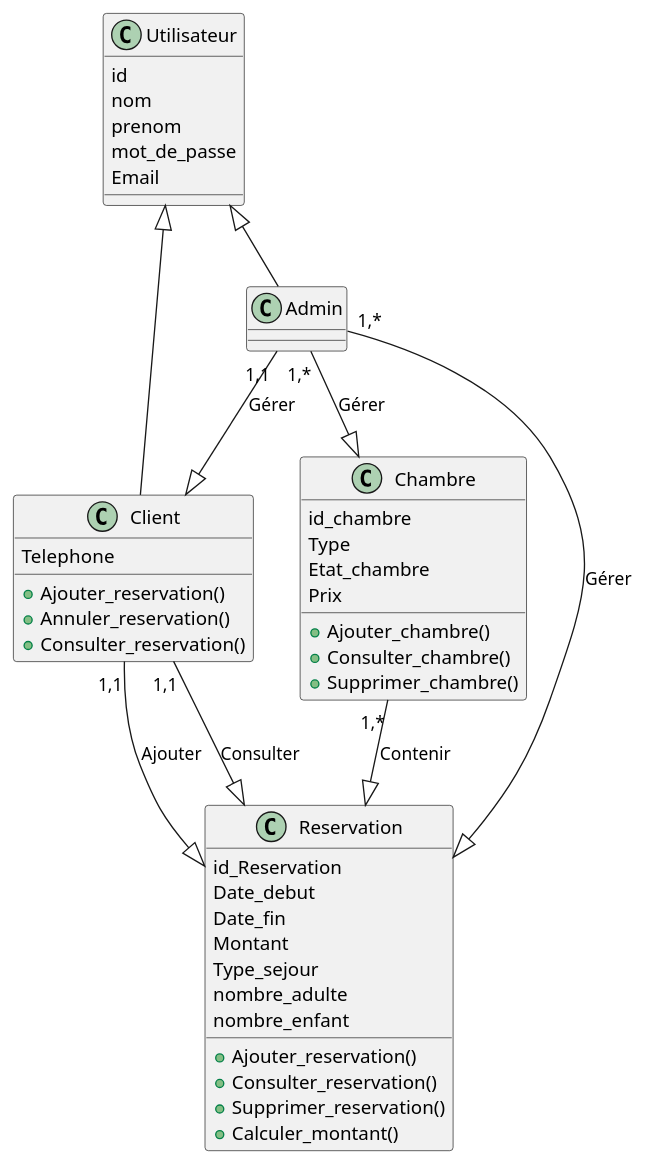
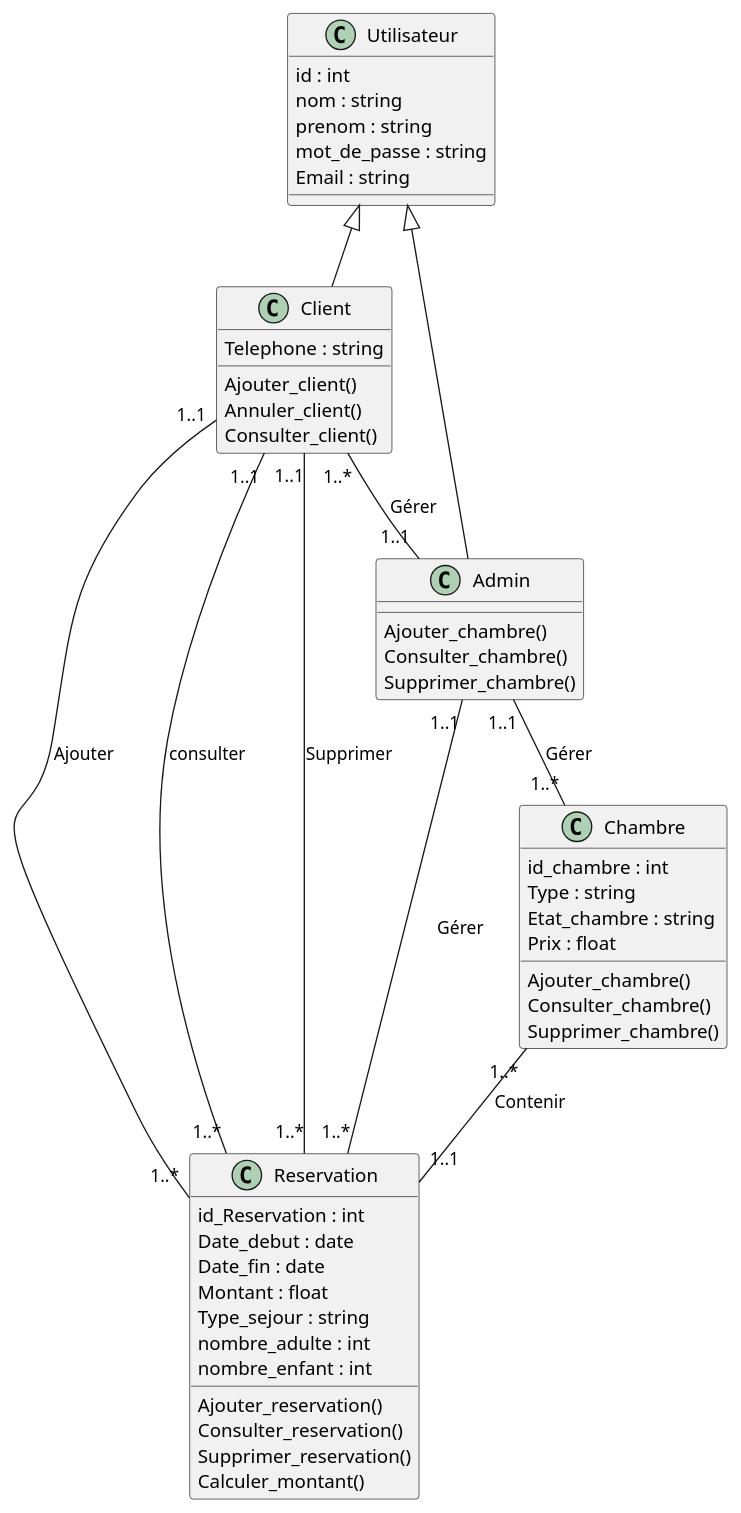
One commit to ilefmarouani/GithubAGL changed the diagram in Diagrammes/diag_classe.pu. Above: the diagram before and after it, drawn with PlantUML.

```diff
--- a/Diagrammes/diag_classe.pu
+++ b/Diagrammes/diag_classe.pu
@@ -1,54 +1,64 @@
 @startuml
+' Définition des classes
 
 class Utilisateur {
-    id
-    nom
-    prenom
-    mot_de_passe
-    Email
+  id : int
+  nom : string
+  prenom : string
+  mot_de_passe : string
+  Email : string
 }
 
 class Client {
-    Telephone
-    +Ajouter_reservation()
-    +Annuler_reservation()
-    +Consulter_reservation()
+  Telephone : string
+  Ajouter_client()
+  Annuler_client()
+  Consulter_client()
 }
 
 class Admin {
+  Ajouter_chambre()
+  Consulter_chambre()
+  Supprimer_chambre()
 }
 
 class Chambre {
-    id_chambre
-    Type
-    Etat_chambre
-    Prix
-    +Ajouter_chambre()
-    +Consulter_chambre()
-    +Supprimer_chambre()
+  id_chambre : int
+  Type : string
+  Etat_chambre : string
+  Prix : float
+  Ajouter_chambre()
+  Consulter_chambre()
+  Supprimer_chambre()
 }
 
 class Reservation {
-    id_Reservation
-    Date_debut
-    Date_fin
-    Montant
-    Type_sejour
-    nombre_adulte
-    nombre_enfant
-    +Ajouter_reservation()
-    +Consulter_reservation()
-    +Supprimer_reservation()
-    +Calculer_montant()
+  id_Reservation : int
+  Date_debut : date
+  Date_fin : date
+  Montant : float
+  Type_sejour : string
+  nombre_adulte : int
+  nombre_enfant : int
+  Ajouter_reservation()
+  Consulter_reservation()
+  Supprimer_reservation()
+  Calculer_montant()
 }
+
+' Héritage
 
 Utilisateur <|-- Client
 Utilisateur <|-- Admin
-Client --|> Reservation : "1,1" Ajouter
-Admin --|> Reservation : "1,*" Gérer
-Client --|> Reservation : "1,1" Consulter
-Admin --|> Client : "1,1" Gérer
-Admin --|> Chambre : "1,*" Gérer
-Chambre --|> Reservation : "1,*" Contenir
+
+' Relations
+Client "1..*" -- "1..1" Admin : Gérer
+Client "1..1" -- "1..*" Reservation : Ajouter
+Client "1..1" -- "1..*" Reservation : consulter
+Client "1..1" -- "1..*" Reservation : Supprimer
+Admin "1..1" -- "1..*" Chambre: Gérer
+Admin "1..1" -- "1..*"Reservation: Gérer
+Chambre "1..*" -- "1..1" Reservation : Contenir
+
 
 @enduml
```
